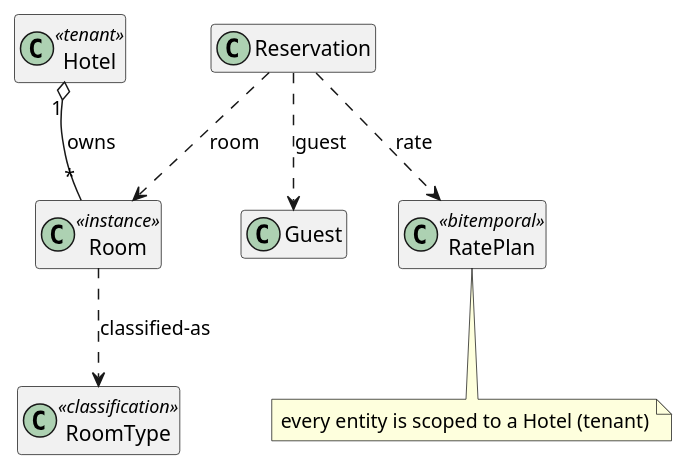
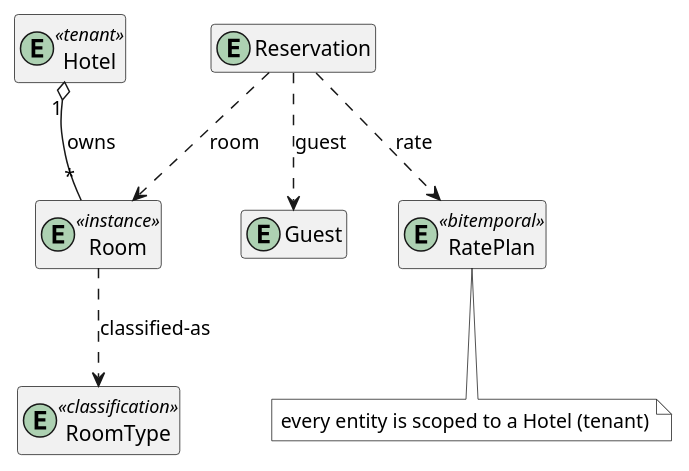
Before and after one commit to Saldubatech/manufacturing-ontologies: the diagram in alloy/meta/examples/README.md, drawn with PlantUML. The commit also changed other lines of this file and 3 other files, not shown here.

First line of the commit message:
Propagate diagram refinements: entity marker + #white note backgrounds

````diff
--- a/alloy/meta/examples/README.md
+++ b/alloy/meta/examples/README.md
@@ -31,17 +31,17 @@
 ```plantuml
 @startuml
 hide empty members
-class Hotel <<tenant>>
-class RoomType <<classification>>
-class Room <<instance>>
-class Reservation
-class Guest
-class RatePlan <<bitemporal>>
+entity Hotel <<tenant>>
+entity RoomType <<classification>>
+entity Room <<instance>>
+entity Reservation
+entity Guest
+entity RatePlan <<bitemporal>>
 Hotel "1" o-- "*" Room : owns
 Room ..> RoomType : classified-as
 Reservation ..> Guest : guest
 Reservation ..> Room : room
 Reservation ..> RatePlan : rate
-note bottom : every entity is scoped to a Hotel (tenant)
+note bottom #white : every entity is scoped to a Hotel (tenant)
 @enduml
 ```
````
